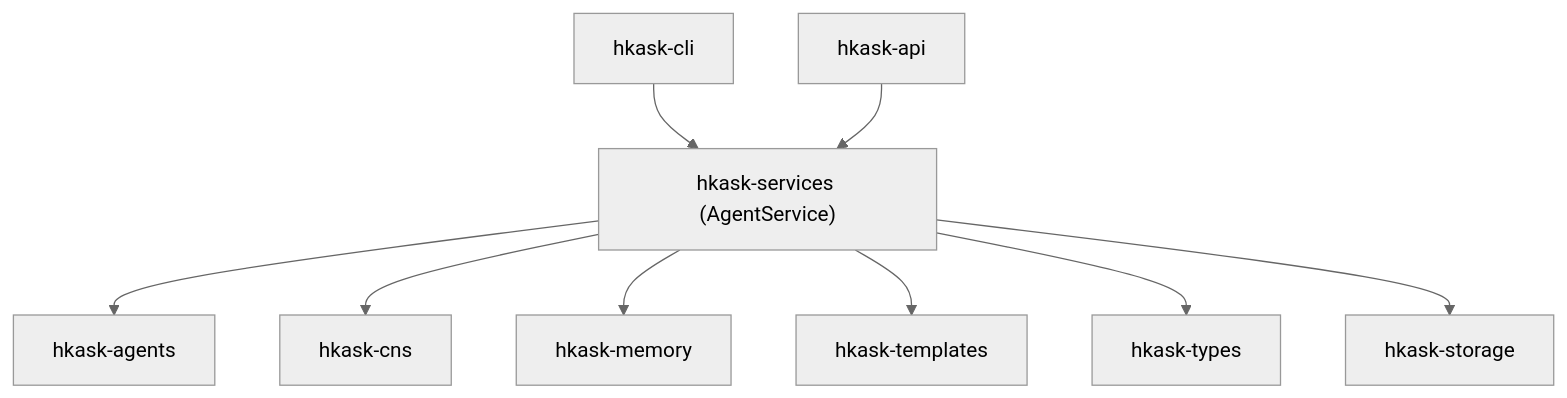
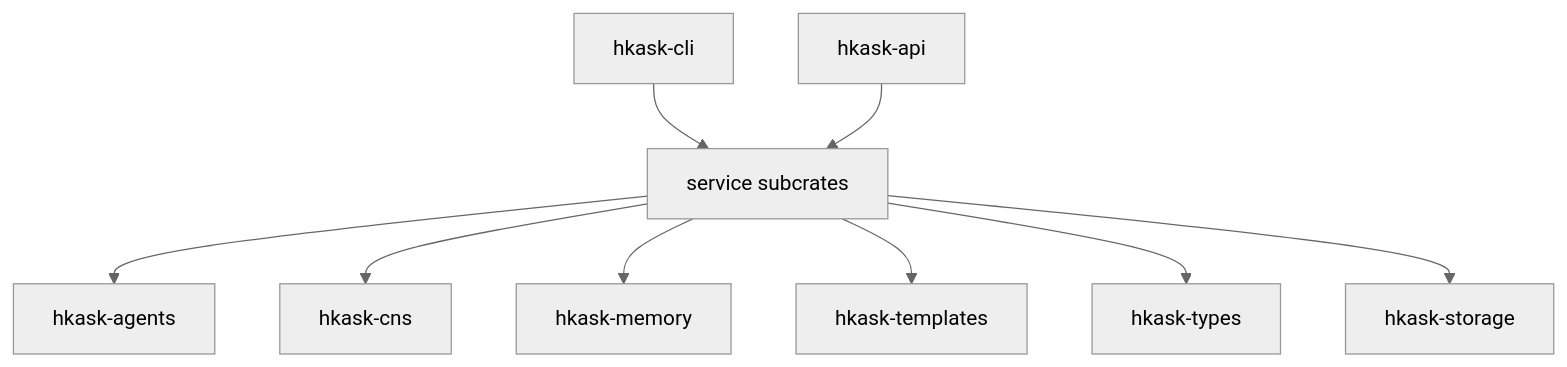
Before and after one commit to mdz-axo/hKask: the second of 8 diagrams in docs/architecture/hKask-architecture-master.md, drawn with Mermaid (neutral theme). The commit also changed other lines of this file and 44 other files, not shown here.

````diff
--- a/docs/architecture/hKask-architecture-master.md
+++ b/docs/architecture/hKask-architecture-master.md
@@ -780,14 +779,14 @@
 ```mermaid
 graph TD
     CLI["hkask-cli"]
     API["hkask-api"]
-    SVC["hkask-services (AgentService)"]
+    SVC["service subcrates"]
     CLI --> SVC
     API --> SVC
     SVC --> AGENTS[hkask-agents]
     SVC --> CNS[hkask-cns]
     SVC --> MEM[hkask-memory]
     SVC --> TEMPLATES[hkask-templates]
     SVC --> TYPES[hkask-types]
     SVC --> STORAGE[hkask-storage]
 ```
````
